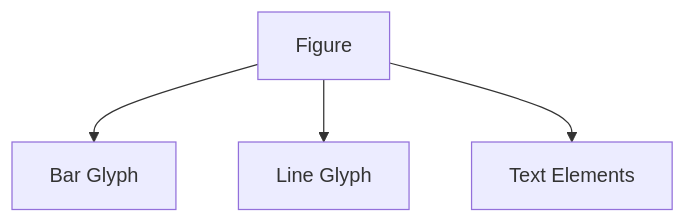
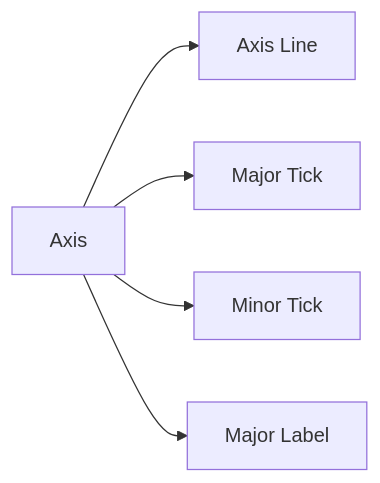
The diagram in Trimester 1/Data Visualization & Storytelling/W10 - Module 4c. Python Bokeh package/L29/Decorating the Visuals/Visual Model.md (Balasubramanian-pg/MSC.-Data-Science-AI), drawn with Mermaid before and after one commit.

Commit message:
Add split section: Visual Model

````diff
--- a/Trimester 1/Data Visualization & Storytelling/W10 - Module 4c. Python Bokeh package/L29/Decorating the Visuals/Visual Model.md
+++ b/Trimester 1/Data Visualization & Storytelling/W10 - Module 4c. Python Bokeh package/L29/Decorating the Visuals/Visual Model.md
@@ -3,7 +3,9 @@
 ```mermaid
-flowchart TD
-    A[Figure]
-    A --> B[Bar Glyph]
-    A --> C[Line Glyph]
-    A --> D[Text Elements]
+flowchart LR
+    A[Axis]
+
+    A --> B[Axis Line]
+    A --> C[Major Tick]
+    A --> D[Minor Tick]
+    A --> E[Major Label]
 ```
````
